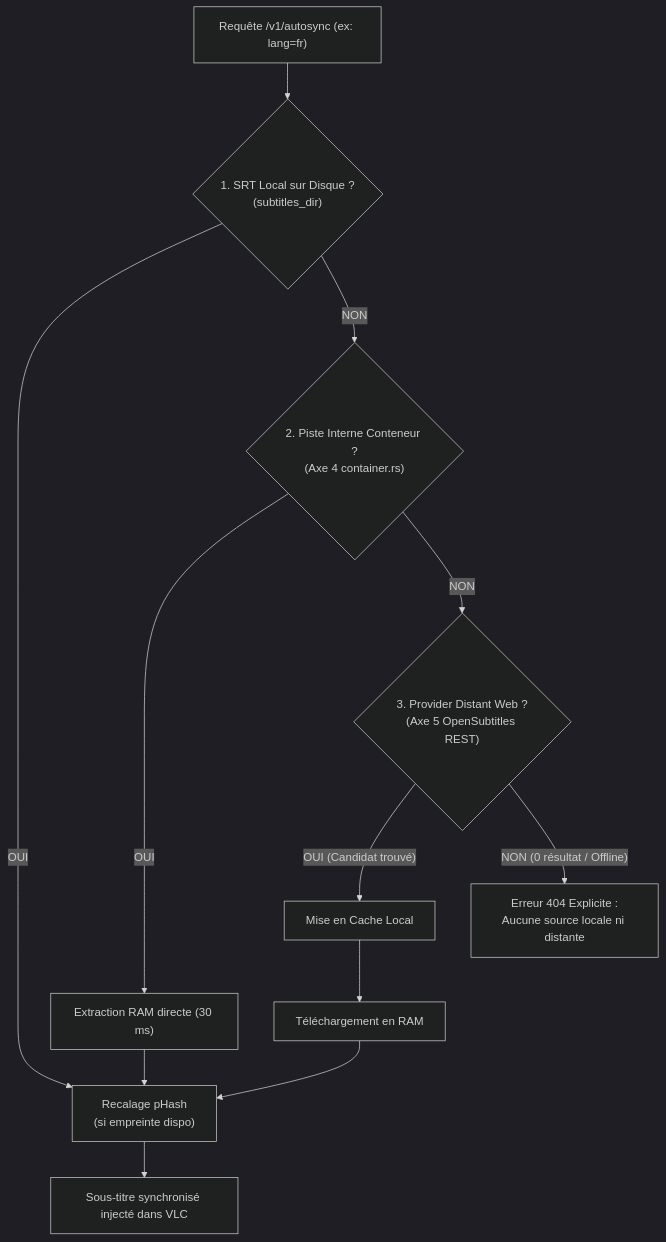
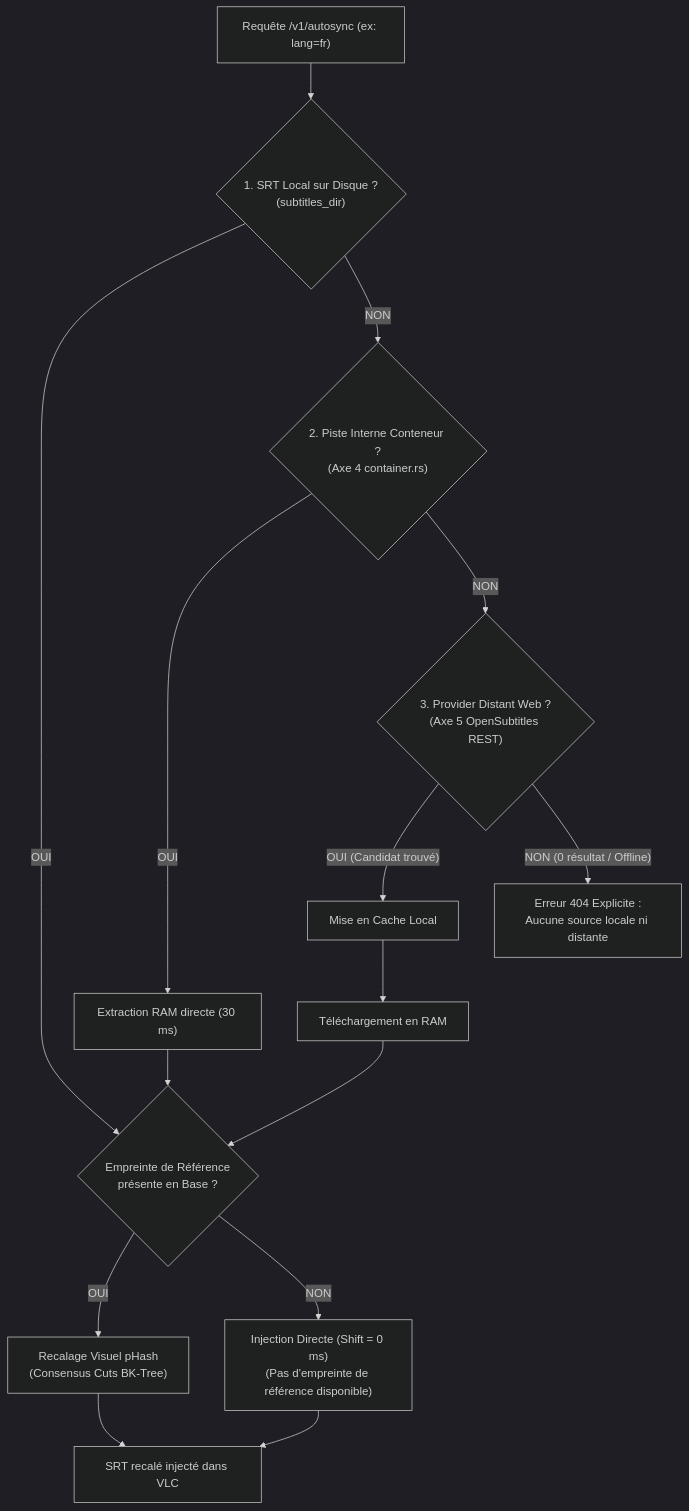
The diagram in docs/2026-10-16-axe5-remote-subtitles-providers.md (yoyonel/pydbsrt), drawn with Mermaid (dark theme) before and after one commit. The commit also changed other lines of this file and 10 other files, not shown here.

````diff
--- a/docs/2026-10-16-axe5-remote-subtitles-providers.md
+++ b/docs/2026-10-16-axe5-remote-subtitles-providers.md
@@ -51,18 +57,19 @@
 ```mermaid
 flowchart TD
     START["Requête /v1/autosync (ex: lang=fr)"] --> STEP1
 
     STEP1{"1. SRT Local sur Disque ?<br/>(subtitles_dir)"}
-    STEP1 -- OUI --> SYNC["Recalage pHash<br/>(si empreinte dispo)"]
+    STEP1 -- OUI --> SYNC{"Empreinte de Référence<br/>présente en Base ?"}
     STEP1 -- NON --> STEP2
 
     STEP2{"2. Piste Interne Conteneur ?<br/>(Axe 4 container.rs)"}
     STEP2 -- OUI --> EXTRACT["Extraction RAM directe (30 ms)"] --> SYNC
     STEP2 -- NON --> STEP3
 
     STEP3{"3. Provider Distant Web ?<br/>(Axe 5 OpenSubtitles REST)"}
     STEP3 -- OUI (Candidat trouvé) --> CACHE["Mise en Cache Local"] --> DL["Téléchargement en RAM"] --> SYNC
     STEP3 -- NON (0 résultat / Offline) --> ERR["Erreur 404 Explicite :<br/>Aucune source locale ni distante"]
 
-    SYNC --> OUT["Sous-titre synchronisé injecté dans VLC"]
+    SYNC -- OUI --> RESYNC["Recalage Visuel pHash<br/>(Consensus Cuts BK-Tree)"] --> OUT["SRT recalé injecté dans VLC"]
+    SYNC -- NON --> DIRECT["Injection Directe (Shift = 0 ms)<br/>(Pas d'empreinte de référence disponible)"] --> OUT
 ```
````
